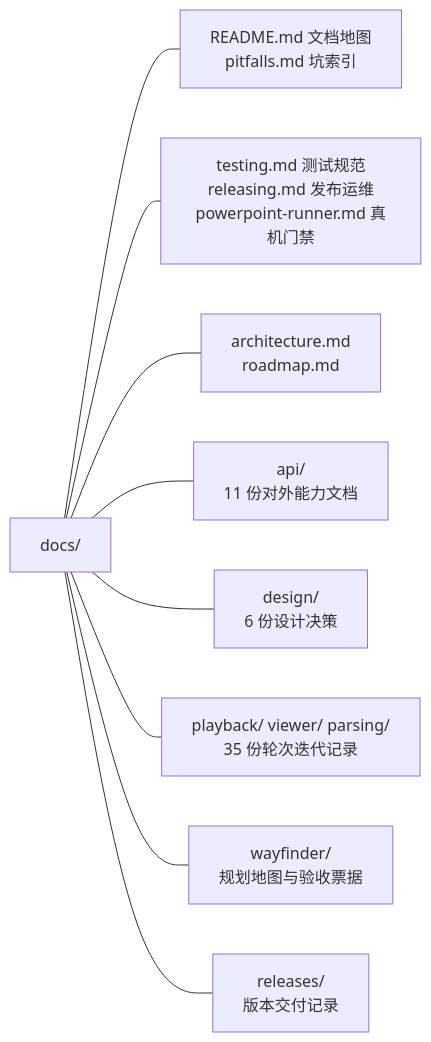
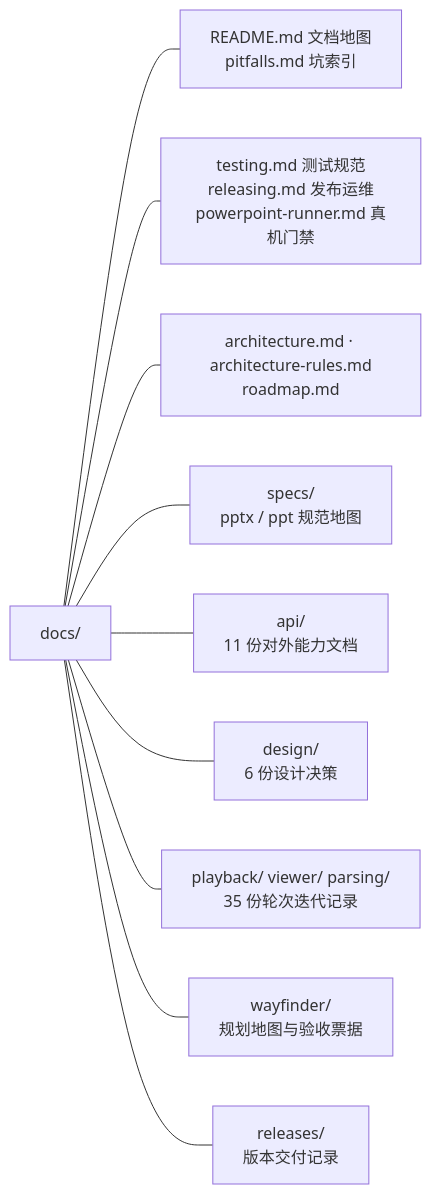
One commit to unStone/web-ppt changed the diagram in docs/README.md. Above: the diagram before and after it, drawn with Mermaid. The commit also changed other lines of this file and 3 other files, not shown here.

````diff
--- a/docs/README.md
+++ b/docs/README.md
@@ -22,11 +23,12 @@
 ```mermaid
 flowchart LR
   ROOT["docs/"] --- GUIDE["README.md 文档地图<br/>pitfalls.md 坑索引"]
   ROOT --- SPECS["testing.md 测试规范<br/>releasing.md 发布运维<br/>powerpoint-runner.md 真机门禁"]
-  ROOT --- ARCH["architecture.md<br/>roadmap.md"]
+  ROOT --- ARCH["architecture.md · architecture-rules.md<br/>roadmap.md"]
+  ROOT --- SPECS2["specs/<br/>pptx / ppt 规范地图"]
   ROOT --- API["api/<br/>11 份对外能力文档"]
   ROOT --- DESIGN["design/<br/>6 份设计决策"]
   ROOT --- ITER["playback/ viewer/ parsing/<br/>35 份轮次迭代记录"]
   ROOT --- WF["wayfinder/<br/>规划地图与验收票据"]
   ROOT --- REL["releases/<br/>版本交付记录"]
 ```
````
